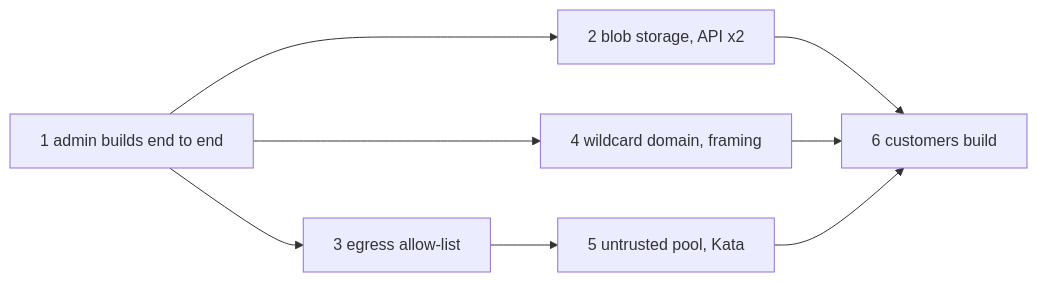
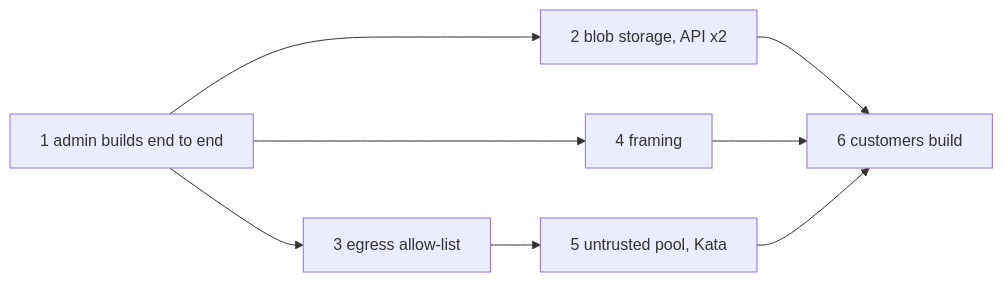
Before and after one commit to schmeide/schmeide.app: the second of 2 diagrams in docs/stage2.md, drawn with Mermaid. The commit also changed other lines of this file, not shown here.

First line of the commit message:
docs(165): record apps.schmeide.com as the apps domain for now (#191)

````diff
--- a/docs/stage2.md
+++ b/docs/stage2.md
@@ -463,10 +475,10 @@
 ```mermaid
 flowchart LR
   S1[1 admin builds end to end] --> S2[2 blob storage, API x2]
   S1 --> S3[3 egress allow-list]
-  S1 --> S4[4 wildcard domain, framing]
+  S1 --> S4[4 framing]
   S3 --> S5[5 untrusted pool, Kata]
   S2 --> S6[6 customers build]
   S4 --> S6
   S5 --> S6
 ```
````
